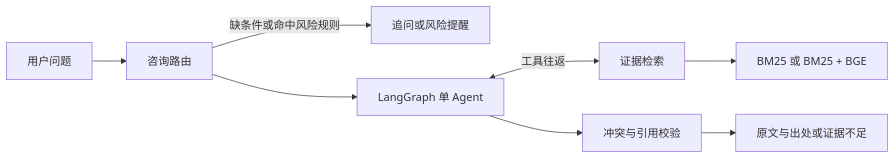
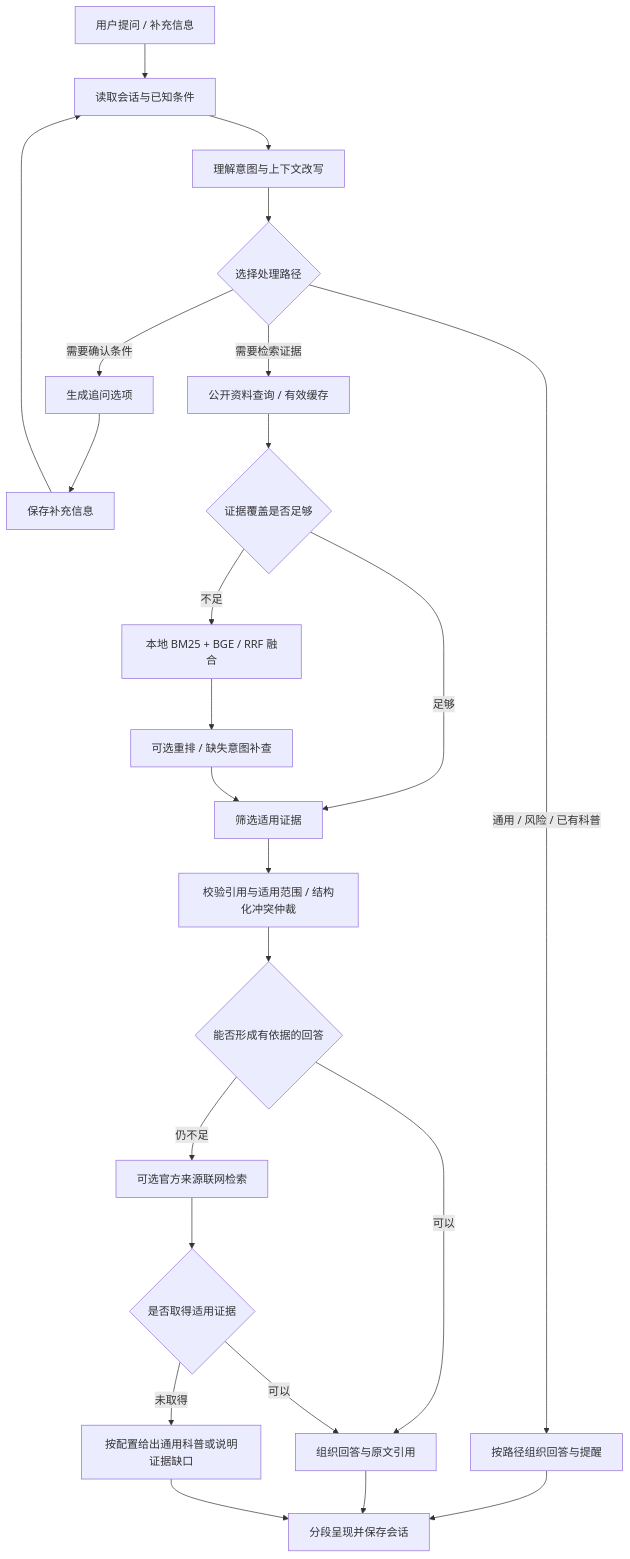
One commit to Dengzi555/meditouch-agent changed the diagram in README.md. Above: the diagram before and after it, drawn with Mermaid. The commit also changed other lines of this file and 7 other files, not shown here.

````diff
--- a/README.md
+++ b/README.md
@@ -20,10 +50,26 @@
 ```mermaid
-flowchart LR
-    Q[用户问题] --> R[咨询路由]
-    R -->|缺条件或命中风险规则| U[追问或风险提醒]
-    R --> G[LangGraph 单 Agent]
-    G <-->|工具往返| S[证据检索]
-    S --> I[BM25 或 BM25 + BGE]
-    G --> V[冲突与引用校验]
-    V --> A[原文与出处或证据不足]
+flowchart TD
+    A[用户提问 / 补充信息] --> B[读取会话与已知条件]
+    B --> C[理解意图与上下文改写]
+    C --> D{选择处理路径}
+    D -->|通用 / 风险 / 已有科普| E[按路径组织回答与提醒]
+    D -->|需要确认条件| G[生成追问选项]
+    G --> H[保存补充信息]
+    H --> B
+    D -->|需要检索证据| J[公开资料查询 / 有效缓存]
+    J --> K{证据覆盖是否足够}
+    K -->|足够| N[筛选适用证据]
+    K -->|不足| L[本地 BM25 + BGE / RRF 融合]
+    L --> M[可选重排 / 缺失意图补查]
+    M --> N
+    N --> O[校验引用与适用范围 / 结构化冲突仲裁]
+    O --> P{能否形成有依据的回答}
+    P -->|可以| Q[组织回答与原文引用]
+    P -->|仍不足| R[可选官方来源联网检索]
+    R --> S{是否取得适用证据}
+    S -->|可以| Q
+    S -->|未取得| T[按配置给出通用科普或说明证据缺口]
+    E --> U[分段呈现并保存会话]
+    Q --> U
+    T --> U
 ```
````
